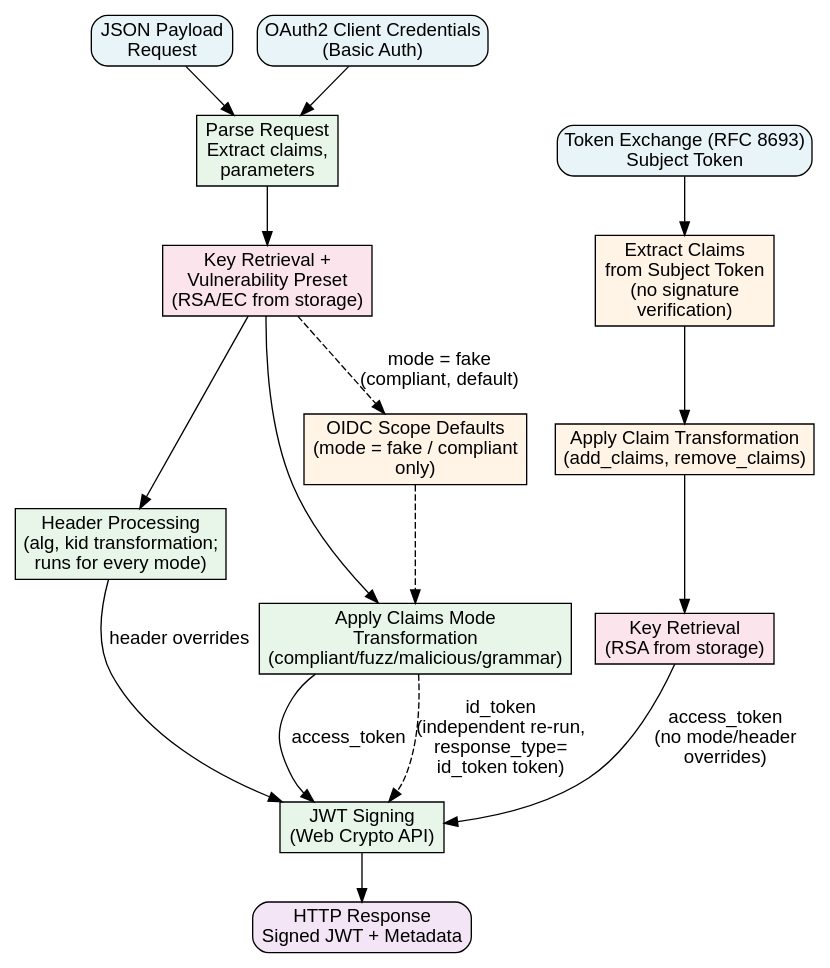
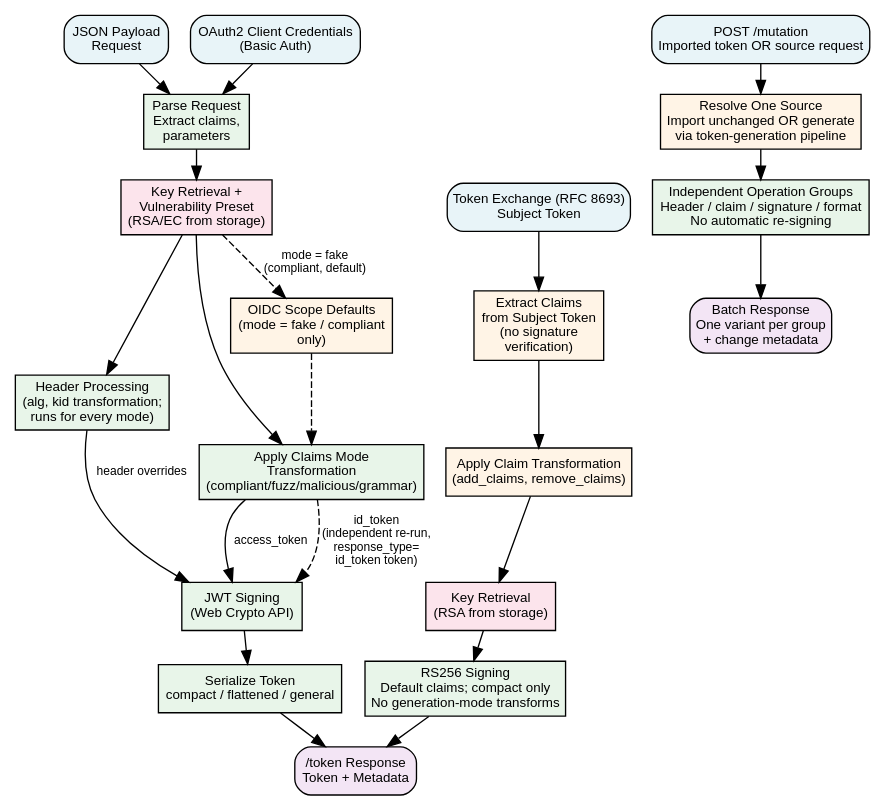
Before and after one commit to abhishektiwari/jwtforge: the diagram in paper/images/graphviz/jwtforge-overall-workflow-v2.dot, drawn with Graphviz. The commit also changed 46 other files, not shown here.

```diff
--- a/paper/images/graphviz/jwtforge-overall-workflow-v2.dot
+++ b/paper/images/graphviz/jwtforge-overall-workflow-v2.dot
@@ -1,43 +1,55 @@
 digraph jwtforge_generation {
     fontname="Helvetica,Arial,sans-serif"
-    node [fontname="Helvetica,Arial,sans-serif", style=filled]
-    edge [fontname="Helvetica,Arial,sans-serif"]
+    graph [ranksep=0.3, nodesep=0.22, margin=0.03]
+    node [fontname="Helvetica,Arial,sans-serif", fontsize=10, margin="0.08,0.05", style=filled]
+    edge [fontname="Helvetica,Arial,sans-serif", fontsize=9]
     rankdir=TB;
 
     json_input [label="JSON Payload\nRequest", shape=box, fillcolor="#E8F4F8", style="filled,rounded"]
     oauth_input [label="OAuth2 Client Credentials\n(Basic Auth)", shape=box, fillcolor="#E8F4F8", style="filled,rounded"]
     exchange_input [label="Token Exchange (RFC 8693)\nSubject Token", shape=box, fillcolor="#E8F4F8", style="filled,rounded"]
 
     parse [label="Parse Request\nExtract claims,\nparameters", shape=box, fillcolor="#E8F5E9"]
     keystore [label="Key Retrieval +\nVulnerability Preset\n(RSA/EC from storage)", shape=box, fillcolor="#FCE4EC"]
     scope [label="OIDC Scope Defaults\n(mode = fake / compliant\nonly)", shape=box, fillcolor="#FFF4E6"]
     header_fuzz [label="Header Processing\n(alg, kid transformation;\nruns for every mode)", shape=box, fillcolor="#E8F5E9"]
     mode_apply [label="Apply Claims Mode\nTransformation\n(compliant/fuzz/malicious/grammar)", shape=box, fillcolor="#E8F5E9"]
 
     extract_claims [label="Extract Claims\nfrom Subject Token\n(no signature\nverification)", shape=box, fillcolor="#FFF4E6"]
     claim_transform [label="Apply Claim Transformation\n(add_claims, remove_claims)", shape=box, fillcolor="#FFF4E6"]
     keystore_exchange [label="Key Retrieval\n(RSA from storage)", shape=box, fillcolor="#FCE4EC"]
 
     sign [label="JWT Signing\n(Web Crypto API)", shape=box, fillcolor="#E8F5E9"]
-    output [label="HTTP Response\nSigned JWT + Metadata", shape=box, fillcolor="#F3E5F5", style="filled,rounded"]
+    format [label="Serialize Token\ncompact / flattened / general", shape=box, fillcolor="#E8F5E9"]
+    exchange_sign [label="RS256 Signing\nDefault claims; compact only\nNo generation-mode transforms", shape=box, fillcolor="#E8F5E9"]
+    output [label="/token Response\nToken + Metadata", shape=box, fillcolor="#F3E5F5", style="filled,rounded"]
+    mutation_input [label="POST /mutation\nImported token OR source request", shape=box, fillcolor="#E8F4F8", style="filled,rounded"]
+    mutation_source [label="Resolve One Source\nImport unchanged OR generate\nvia token-generation pipeline", shape=box, fillcolor="#FFF4E6"]
+    mutate [label="Independent Operation Groups\nHeader / claim / signature / format\nNo automatic re-signing", shape=box, fillcolor="#E8F5E9"]
+    variants [label="Batch Response\nOne variant per group\n+ change metadata", shape=box, fillcolor="#F3E5F5", style="filled,rounded"]
 
     json_input -> parse
     oauth_input -> parse
     exchange_input -> extract_claims
 
     parse -> keystore
     keystore -> header_fuzz
     keystore -> mode_apply
     keystore -> scope [style=dashed, label="mode = fake\n(compliant, default)"]
     scope -> mode_apply [style=dashed]
 
     extract_claims -> claim_transform
     claim_transform -> keystore_exchange
 
     header_fuzz -> sign [label="header overrides"]
     mode_apply -> sign [label="access_token"]
     mode_apply -> sign [style=dashed, label="id_token\n(independent re-run,\nresponse_type=\nid_token token)"]
-    keystore_exchange -> sign [label="access_token\n(no mode/header\noverrides)"]
+    keystore_exchange -> exchange_sign
+    exchange_sign -> output
 
-    sign -> output
+    sign -> format
+    format -> output
+    mutation_input -> mutation_source
+    mutation_source -> mutate
+    mutate -> variants
 }
```
